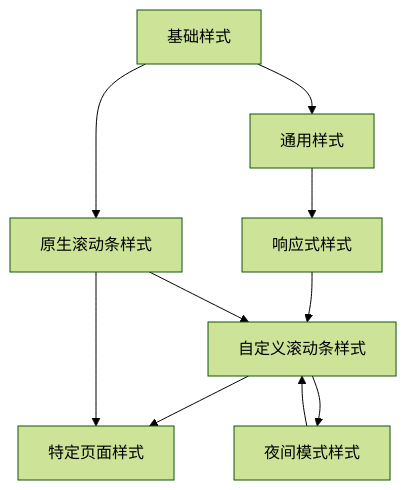
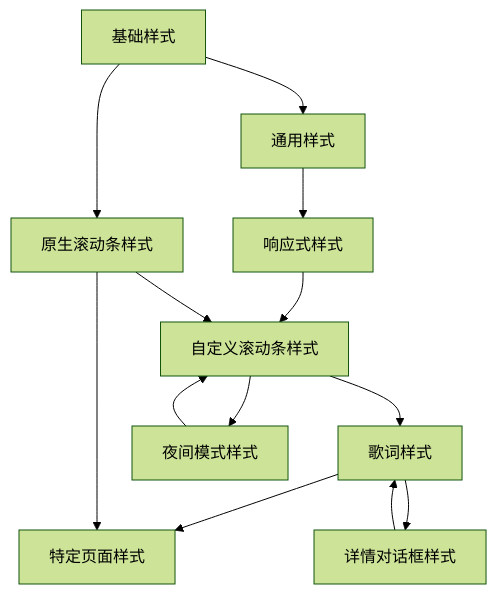
Diagram 19 of 19 in .qoder/repowiki/zh/content/用户界面/React组件体系/UI基础组件/CustomScrollbar自定义滚动条.md (SeakyLuo/SMPlayerElectron), drawn with Mermaid (forest theme) before and after one commit. The commit also changed other lines of this file and 32 other files, not shown here.

````diff
--- a/.qoder/repowiki/zh/content/用户界面/React组件体系/UI基础组件/CustomScrollbar自定义滚动条.md
+++ b/.qoder/repowiki/zh/content/用户界面/React组件体系/UI基础组件/CustomScrollbar自定义滚动条.md
@@ -467,12 +589,15 @@
 ```mermaid
 graph TD
 Base[基础样式] --> Common[通用样式]
 Common --> Responsive[响应式样式]
 Responsive --> Custom[自定义滚动条样式]
-Custom --> Specific[特定页面样式]
+Custom --> Lyrics[歌词样式]
+Lyrics --> Specific[特定页面样式]
 Base --> Scrollbar[原生滚动条样式]
 Scrollbar --> Custom
 Scrollbar --> Specific
 Custom --> NightMode[夜间模式样式]
 NightMode --> Custom
+Lyrics --> DetailDialog[详情对话框样式]
+DetailDialog --> Lyrics
 ```
````
